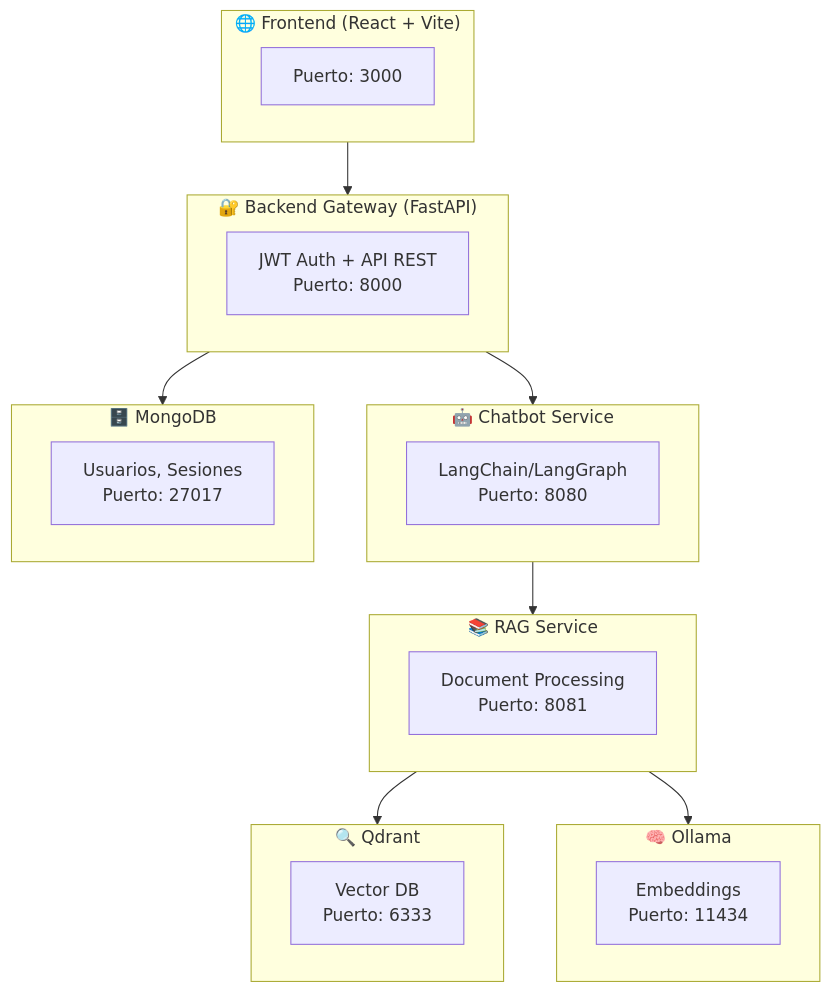
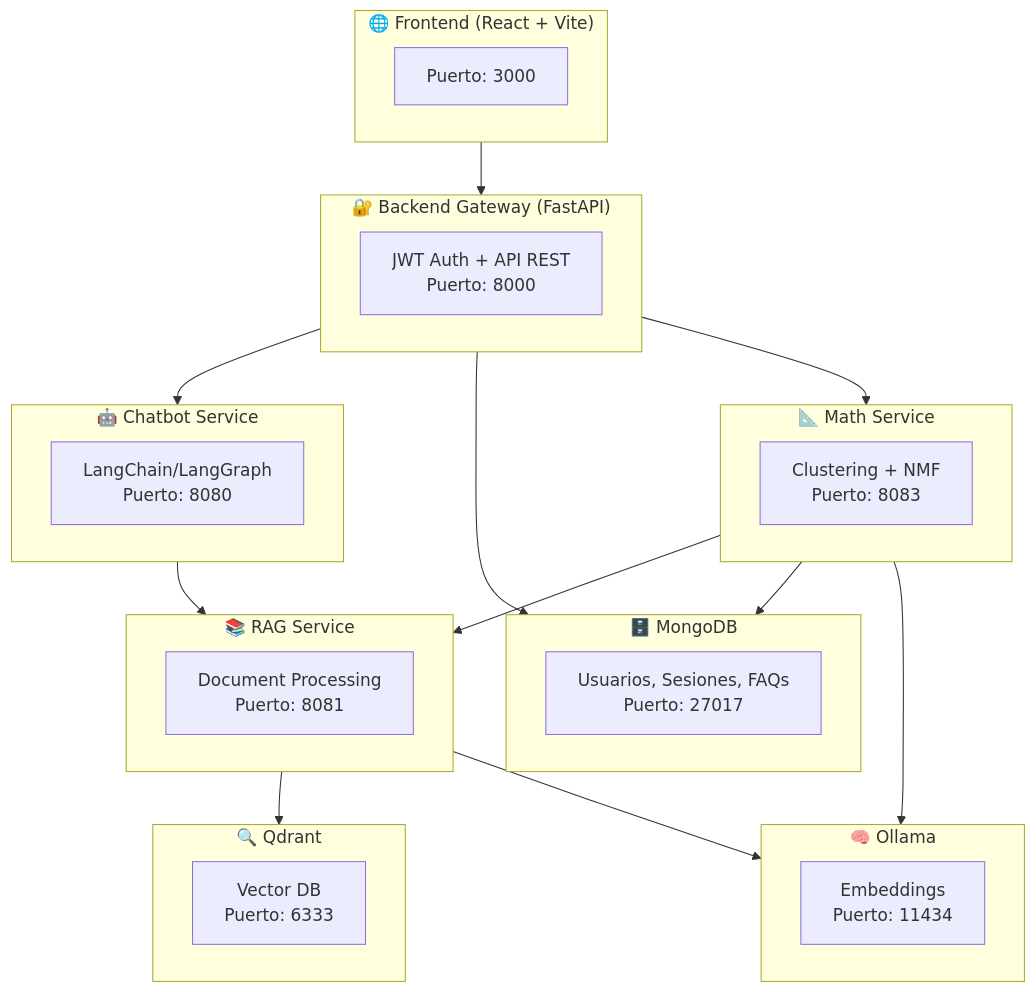
The diagram in README.md (GabrielFranciscoSM/TFG-Chatbot), drawn with Mermaid before and after one commit. The commit also changed other lines of this file and 12 other files, not shown here.

Commit message:
docs(#131): add math service ADRs and docs

````diff
--- a/README.md
+++ b/README.md
@@ -119,37 +121,45 @@
 ```mermaid
 flowchart TB
     subgraph Frontend["🌐 Frontend (React + Vite)"]
         FE["Puerto: 3000"]
     end
     
     subgraph Gateway["🔐 Backend Gateway (FastAPI)"]
         GW["JWT Auth + API REST<br/>Puerto: 8000"]
     end
     
     subgraph Chatbot["🤖 Chatbot Service"]
         CB["LangChain/LangGraph<br/>Puerto: 8080"]
     end
     
     subgraph MongoDB["🗄️ MongoDB"]
-        MDB["Usuarios, Sesiones<br/>Puerto: 27017"]
+        MDB["Usuarios, Sesiones, FAQs<br/>Puerto: 27017"]
     end
     
     subgraph RAG["📚 RAG Service"]
         RS["Document Processing<br/>Puerto: 8081"]
+    end
+    
+    subgraph MathSvc["📐 Math Service"]
+        MS["Clustering + NMF<br/>Puerto: 8083"]
     end
     
     subgraph Qdrant["🔍 Qdrant"]
         QD["Vector DB<br/>Puerto: 6333"]
     end
     
     subgraph Ollama["🧠 Ollama"]
         OL["Embeddings<br/>Puerto: 11434"]
     end
     
     Frontend --> Gateway
     Gateway --> Chatbot
     Gateway --> MongoDB
+    Gateway --> MathSvc
     Chatbot --> RAG
+    MathSvc --> RAG
+    MathSvc --> MongoDB
+    MathSvc --> Ollama
     RAG --> Qdrant
     RAG --> Ollama
 ```
````
